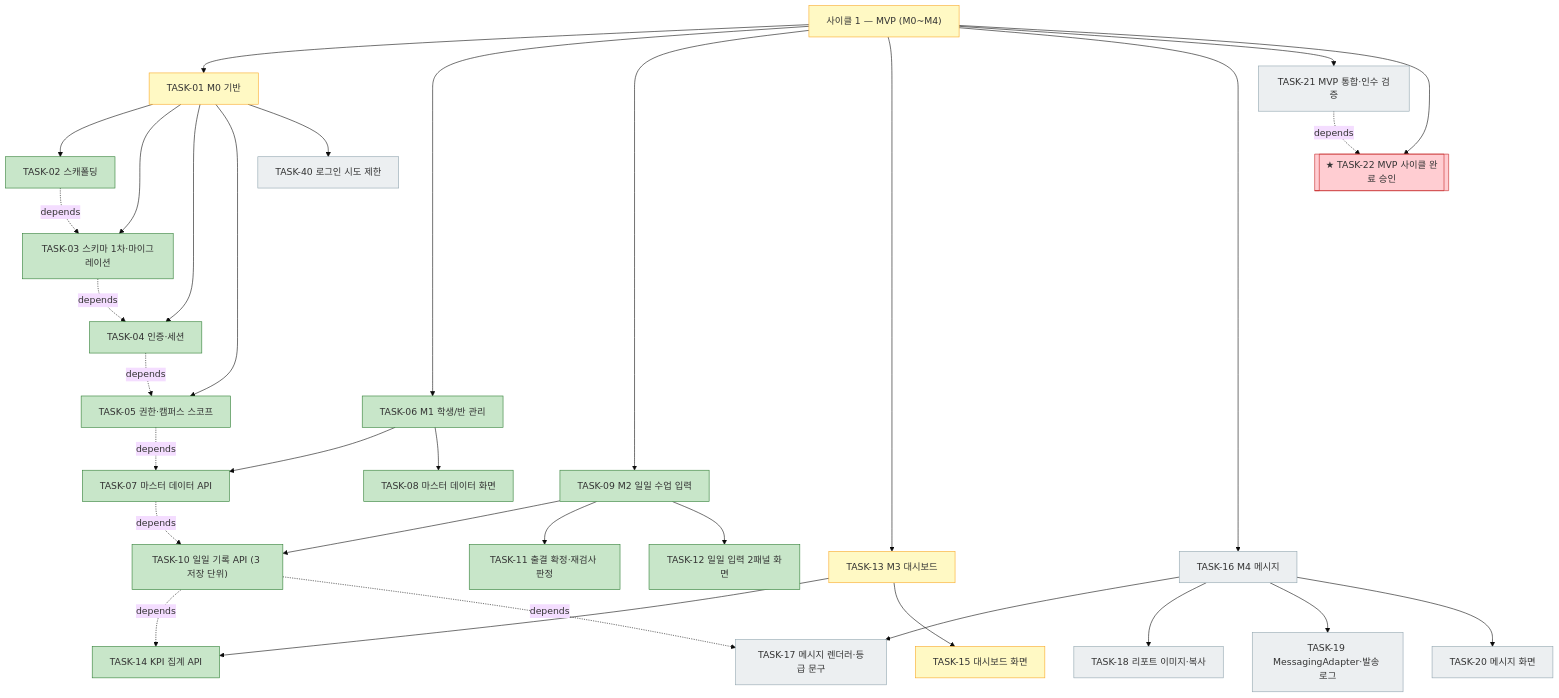
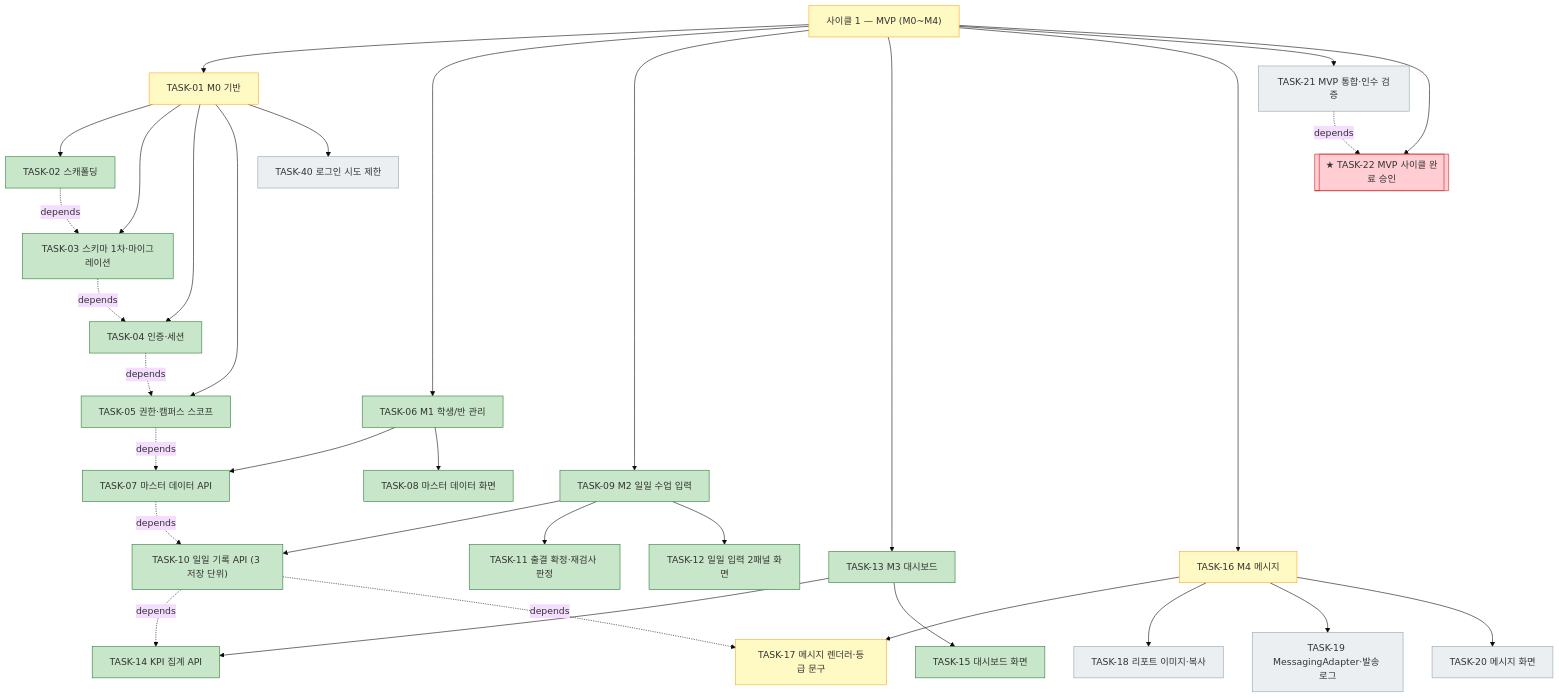
One commit to bluesky5008/mathdesk changed the first of 3 diagrams in docs/plan.md. Above: the diagram before and after it, drawn with Mermaid (base theme). The commit also changed other lines of this file and 9 other files, not shown here.

First line of the commit message:
feat(web): TASK-15 대시보드 화면 (TASK-13 완료)

````diff
--- a/docs/plan.md
+++ b/docs/plan.md
@@ -105,39 +105,39 @@
 ```mermaid
 flowchart TD
     C1["사이클 1 — MVP (M0~M4)"]:::active
     C1 --> T01["TASK-01 M0 기반"]:::active
     T01 --> T02["TASK-02 스캐폴딩"]:::done
     T01 --> T03["TASK-03 스키마 1차·마이그레이션"]:::done
     T01 --> T04["TASK-04 인증·세션"]:::done
     T01 --> T05["TASK-05 권한·캠퍼스 스코프"]:::done
     T01 --> T40["TASK-40 로그인 시도 제한"]:::todo
     C1 --> T06["TASK-06 M1 학생/반 관리"]:::done
     T06 --> T07["TASK-07 마스터 데이터 API"]:::done
     T06 --> T08["TASK-08 마스터 데이터 화면"]:::done
     C1 --> T09["TASK-09 M2 일일 수업 입력"]:::done
     T09 --> T10["TASK-10 일일 기록 API (3 저장 단위)"]:::done
     T09 --> T11["TASK-11 출결 확정·재검사 판정"]:::done
     T09 --> T12["TASK-12 일일 입력 2패널 화면"]:::done
-    C1 --> T13["TASK-13 M3 대시보드"]:::active
+    C1 --> T13["TASK-13 M3 대시보드"]:::done
     T13 --> T14["TASK-14 KPI 집계 API"]:::done
-    T13 --> T15["TASK-15 대시보드 화면"]:::active
-    C1 --> T16["TASK-16 M4 메시지"]:::todo
-    T16 --> T17["TASK-17 메시지 렌더러·등급 문구"]:::todo
+    T13 --> T15["TASK-15 대시보드 화면"]:::done
+    C1 --> T16["TASK-16 M4 메시지"]:::active
+    T16 --> T17["TASK-17 메시지 렌더러·등급 문구"]:::active
     T16 --> T18["TASK-18 리포트 이미지·복사"]:::todo
     T16 --> T19["TASK-19 MessagingAdapter·발송 로그"]:::todo
     T16 --> T20["TASK-20 메시지 화면"]:::todo
     C1 --> T21["TASK-21 MVP 통합·인수 검증"]:::todo
     C1 --> T22[["★ TASK-22 MVP 사이클 완료 승인"]]:::gate
     T02 -. depends .-> T03
     T03 -. depends .-> T04
     T04 -. depends .-> T05
     T05 -. depends .-> T07
     T07 -. depends .-> T10
     T10 -. depends .-> T14
     T10 -. depends .-> T17
     T21 -. depends .-> T22
     classDef done fill:#c8e6c9,stroke:#2e7d32
     classDef active fill:#fff9c4,stroke:#f9a825
     classDef todo fill:#eceff1,stroke:#90a4ae
     classDef gate fill:#ffcdd2,stroke:#c62828
 ```
````
